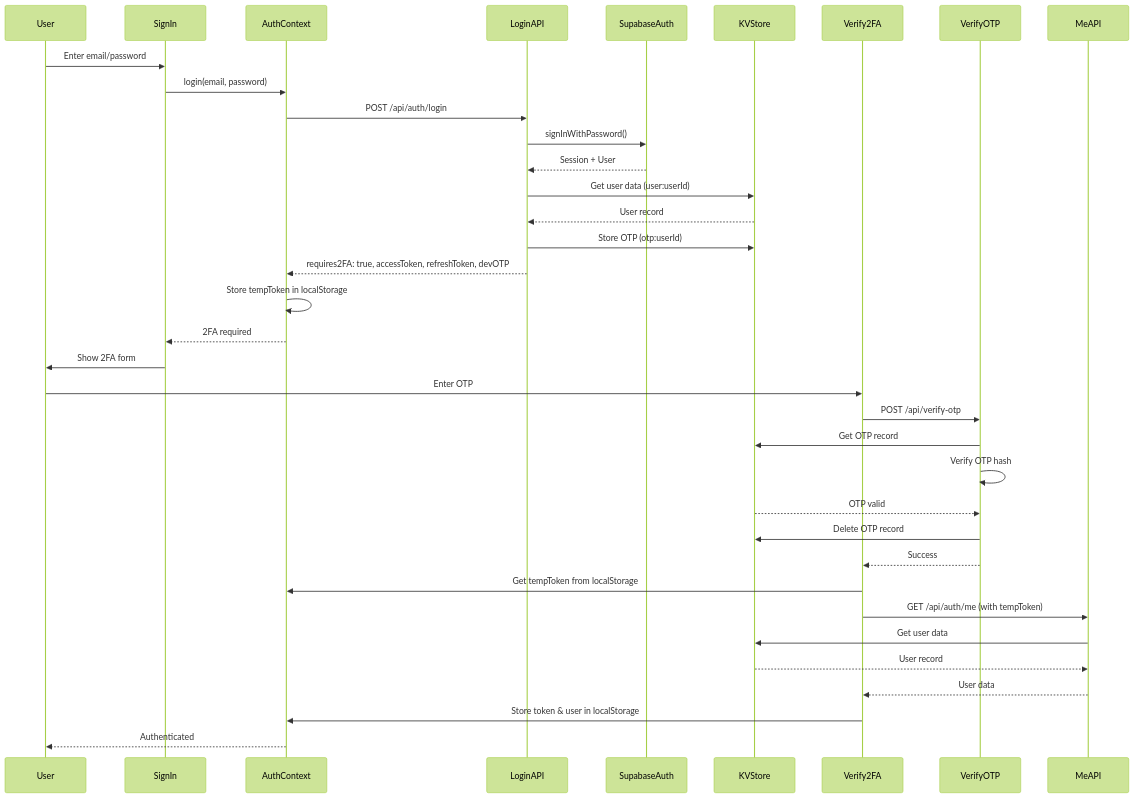
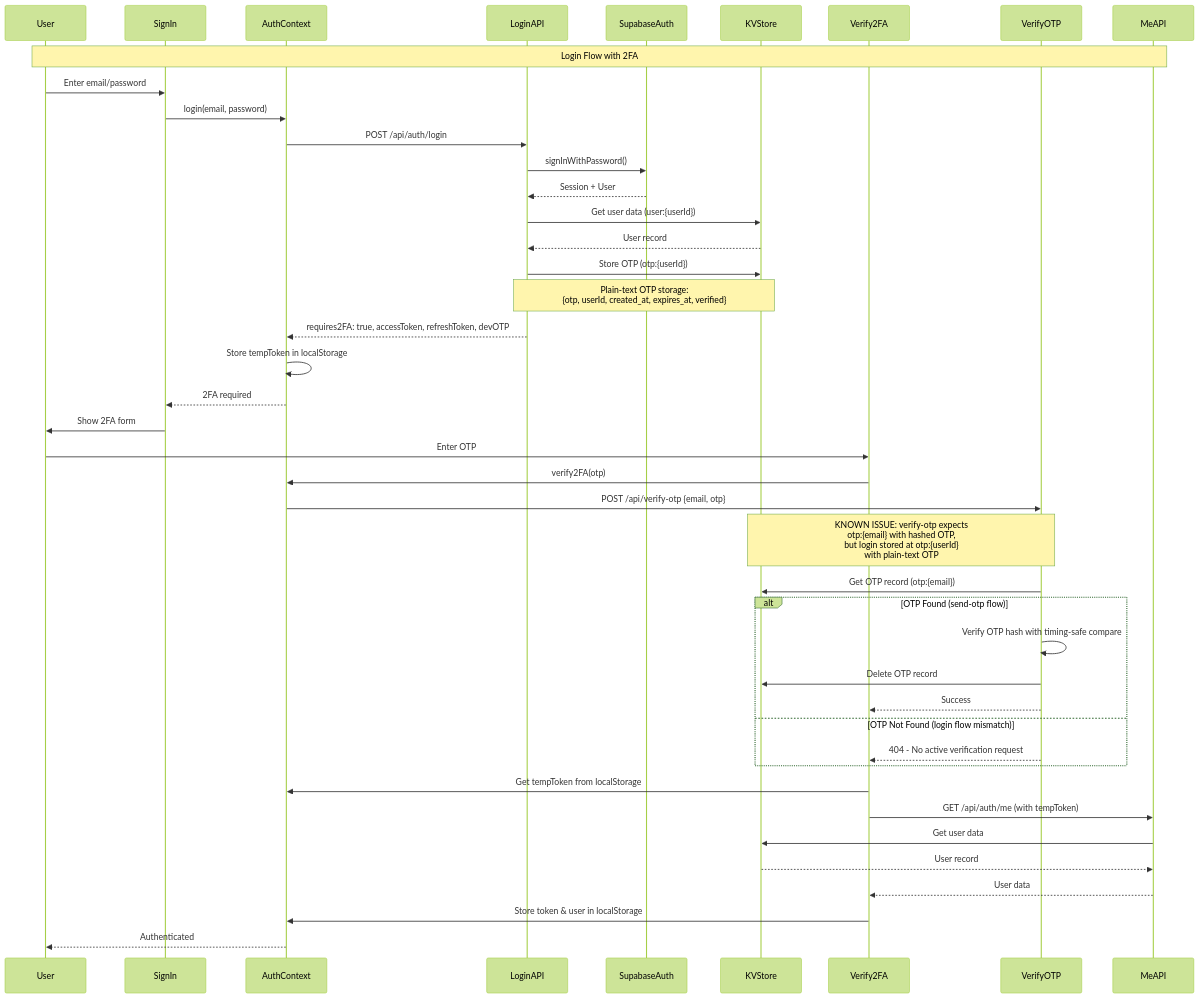
The diagram in diagrams/auth-flow.mmd (RajdeepSah/BlockBallot), drawn with Mermaid (forest theme) before and after one commit. The commit also changed other lines of this file and 10 other files, not shown here.

Commit message:
chore: update diagrams and config

```diff
--- a/diagrams/auth-flow.mmd
+++ b/diagrams/auth-flow.mmd
@@ -1,39 +1,47 @@
 sequenceDiagram
     participant User
     participant SignIn
     participant AuthContext
     participant LoginAPI
     participant SupabaseAuth
     participant KVStore
     participant Verify2FA
     participant VerifyOTP
     participant MeAPI
     
+    Note over User,MeAPI: Login Flow with 2FA
+    
     User->>SignIn: Enter email/password
     SignIn->>AuthContext: login(email, password)
     AuthContext->>LoginAPI: POST /api/auth/login
     LoginAPI->>SupabaseAuth: signInWithPassword()
     SupabaseAuth-->>LoginAPI: Session + User
-    LoginAPI->>KVStore: Get user data (user:userId)
+    LoginAPI->>KVStore: Get user data (user:{userId})
     KVStore-->>LoginAPI: User record
-    LoginAPI->>KVStore: Store OTP (otp:userId)
+    LoginAPI->>KVStore: Store OTP (otp:{userId})
+    Note over LoginAPI,KVStore: Plain-text OTP storage:<br/>{otp, userId, created_at, expires_at, verified}
     LoginAPI-->>AuthContext: requires2FA: true, accessToken, refreshToken, devOTP
     AuthContext->>AuthContext: Store tempToken in localStorage
     AuthContext-->>SignIn: 2FA required
     SignIn->>User: Show 2FA form
     
     User->>Verify2FA: Enter OTP
-    Verify2FA->>VerifyOTP: POST /api/verify-otp
-    VerifyOTP->>KVStore: Get OTP record
-    VerifyOTP->>VerifyOTP: Verify OTP hash
-    KVStore-->>VerifyOTP: OTP valid
-    VerifyOTP->>KVStore: Delete OTP record
-    VerifyOTP-->>Verify2FA: Success
+    Verify2FA->>AuthContext: verify2FA(otp)
+    AuthContext->>VerifyOTP: POST /api/verify-otp {email, otp}
+    Note over VerifyOTP,KVStore: KNOWN ISSUE: verify-otp expects<br/>otp:{email} with hashed OTP,<br/>but login stored at otp:{userId}<br/>with plain-text OTP
+    VerifyOTP->>KVStore: Get OTP record (otp:{email})
+    alt OTP Found (send-otp flow)
+        VerifyOTP->>VerifyOTP: Verify OTP hash with timing-safe compare
+        VerifyOTP->>KVStore: Delete OTP record
+        VerifyOTP-->>Verify2FA: Success
+    else OTP Not Found (login flow mismatch)
+        VerifyOTP-->>Verify2FA: 404 - No active verification request
+    end
     
     Verify2FA->>AuthContext: Get tempToken from localStorage
     Verify2FA->>MeAPI: GET /api/auth/me (with tempToken)
     MeAPI->>KVStore: Get user data
     KVStore-->>MeAPI: User record
     MeAPI-->>Verify2FA: User data
     Verify2FA->>AuthContext: Store token & user in localStorage
     AuthContext-->>User: Authenticated
```
